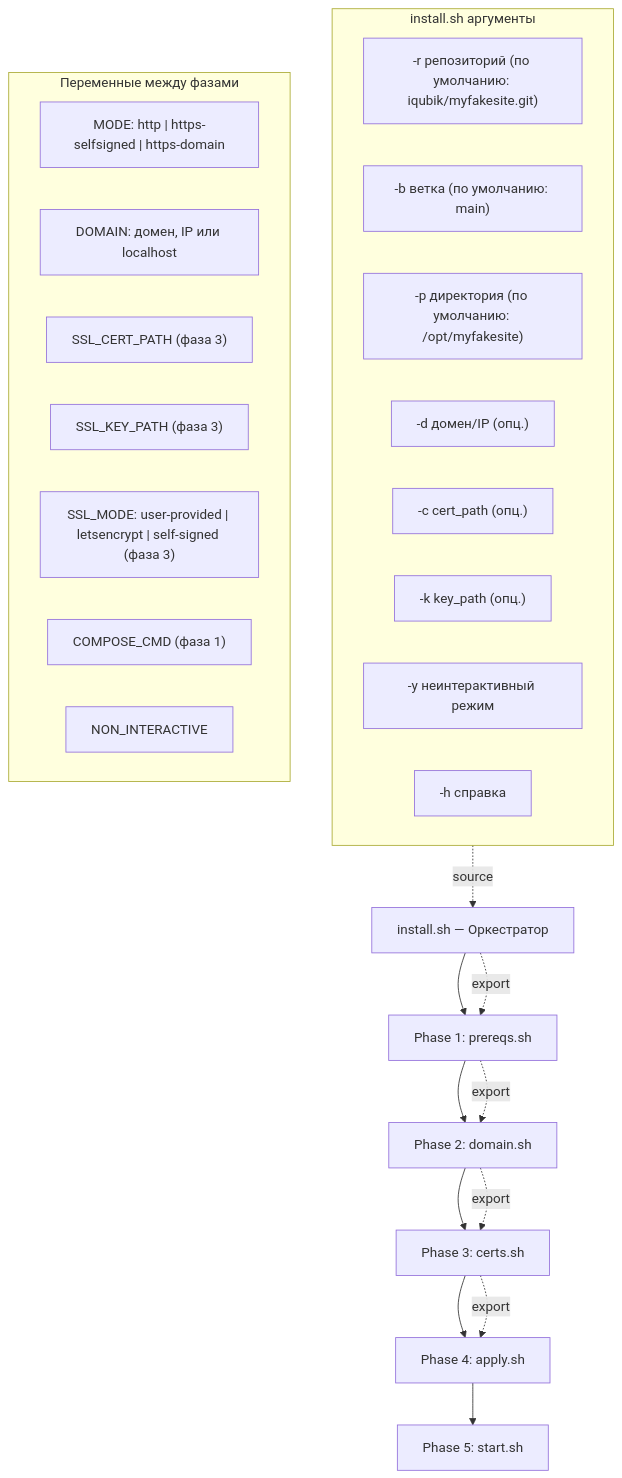
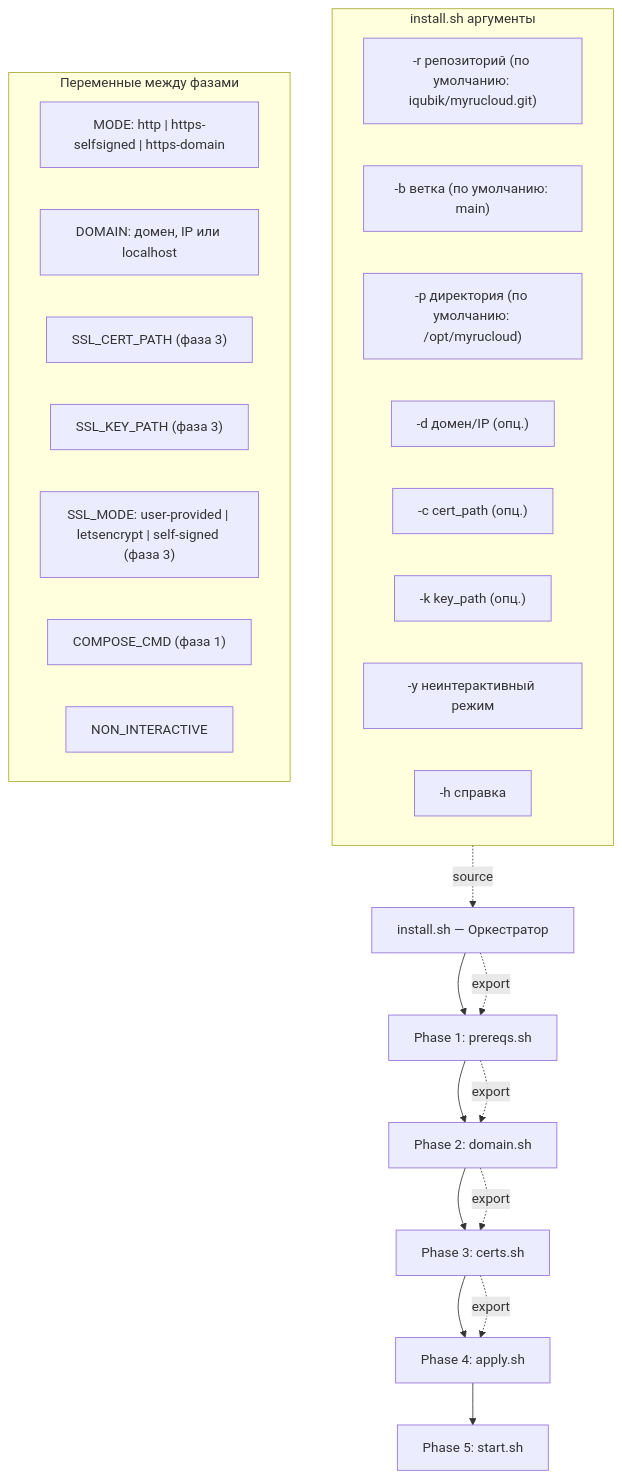
One commit to Armruswest2024/RuCloud changed the second of 12 diagrams in docs/architecture.md. Above: the diagram before and after it, drawn with Mermaid. The commit also changed other lines of this file and 12 other files, not shown here.

````diff
--- a/docs/architecture.md
+++ b/docs/architecture.md
@@ -24,35 +24,35 @@
 ```mermaid
 flowchart TD
   A["install.sh — Оркестратор"] --> B["Phase 1: prereqs.sh"]
   B --> C["Phase 2: domain.sh"]
   C --> D["Phase 3: certs.sh"]
   D --> E["Phase 4: apply.sh"]
   E --> F["Phase 5: start.sh"]
 
   subgraph INSTALL_ARGS [install.sh аргументы]
-    A1["-r репозиторий (по умолчанию: iqubik/myfakesite.git)"]
+    A1["-r репозиторий (по умолчанию: iqubik/myrucloud.git)"]
     A2["-b ветка (по умолчанию: main)"]
-    A3["-p директория (по умолчанию: /opt/myfakesite)"]
+    A3["-p директория (по умолчанию: /opt/myrucloud)"]
     A4["-d домен/IP (опц.)"]
     A5["-c cert_path (опц.)"]
     A6["-k key_path (опц.)"]
     A7["-y неинтерактивный режим"]
     A8["-h справка"]
   end
 
   subgraph EXPORT_CHAIN [Переменные между фазами]
     E1["MODE: http | https-selfsigned | https-domain"]
     E2["DOMAIN: домен, IP или localhost"]
     E3["SSL_CERT_PATH (фаза 3)"]
     E4["SSL_KEY_PATH (фаза 3)"]
     E5["SSL_MODE: user-provided | letsencrypt | self-signed (фаза 3)"]
     E6["COMPOSE_CMD (фаза 1)"]
     E7["NON_INTERACTIVE"]
   end
 
   INSTALL_ARGS -.->|source| A
   A -.->|export| B
   B -.->|export| C
   C -.->|export| D
   D -.->|export| E
 ```
````
